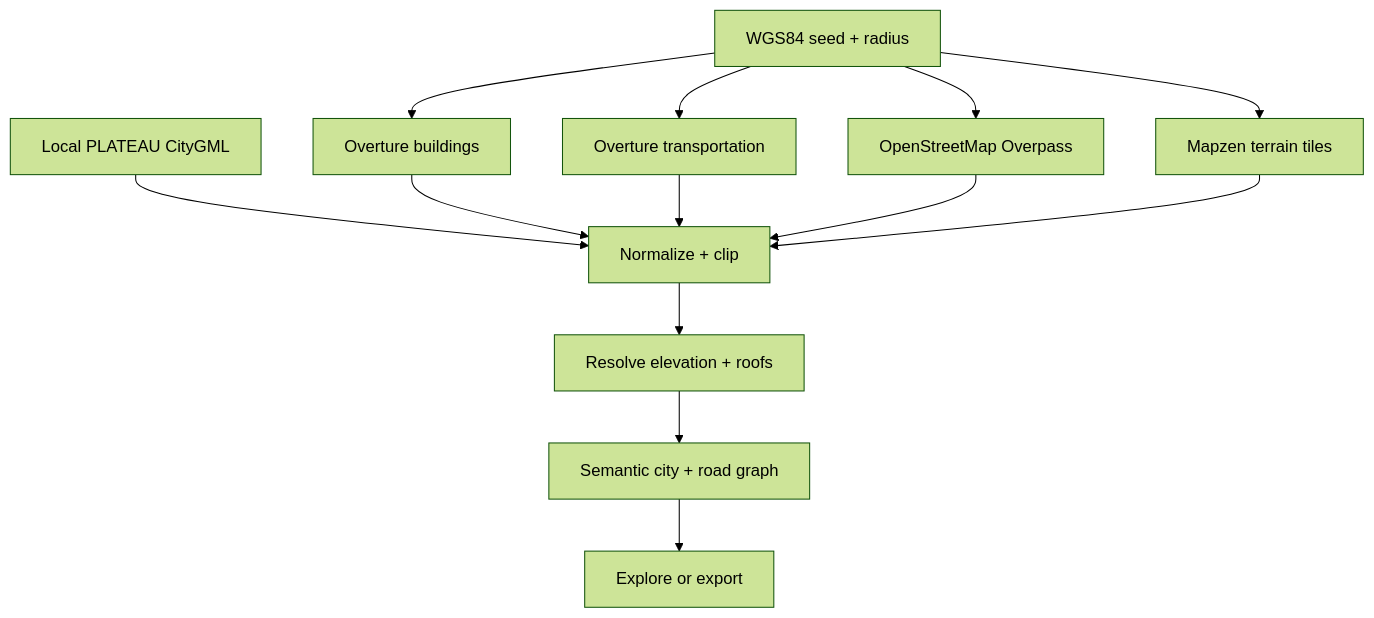
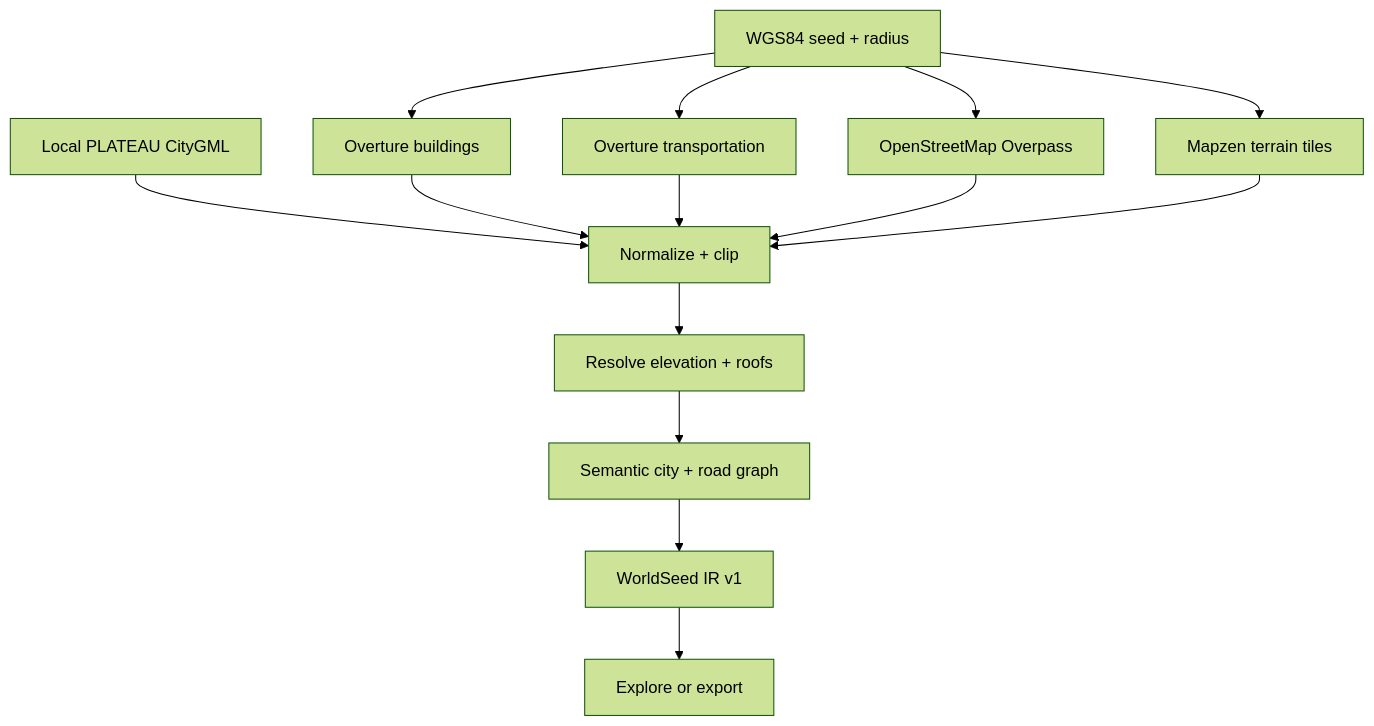
Before and after one commit to yz4git/next-gen: the diagram in README.md, drawn with Mermaid (forest theme). The commit also changed other lines of this file, not shown here.

Commit message:
Document WorldSeed IR in project overview

````diff
--- a/README.md
+++ b/README.md
@@ -105,15 +105,16 @@
 ```mermaid
 flowchart TD
   A["WGS84 seed + radius"] --> B["Overture buildings"]
   A --> R["Overture transportation"]
   A --> C["OpenStreetMap Overpass"]
   A --> T["Mapzen terrain tiles"]
   P["Local PLATEAU CityGML"] --> D["Normalize + clip"]
   B --> D["Normalize + clip"]
   R --> D
   C --> D
   T --> D
   D --> E["Resolve elevation + roofs"]
   E --> F["Semantic city + road graph"]
-  F --> G["Explore or export"]
+  F --> I["WorldSeed IR v1"]
+  I --> G["Explore or export"]
 ```
````
